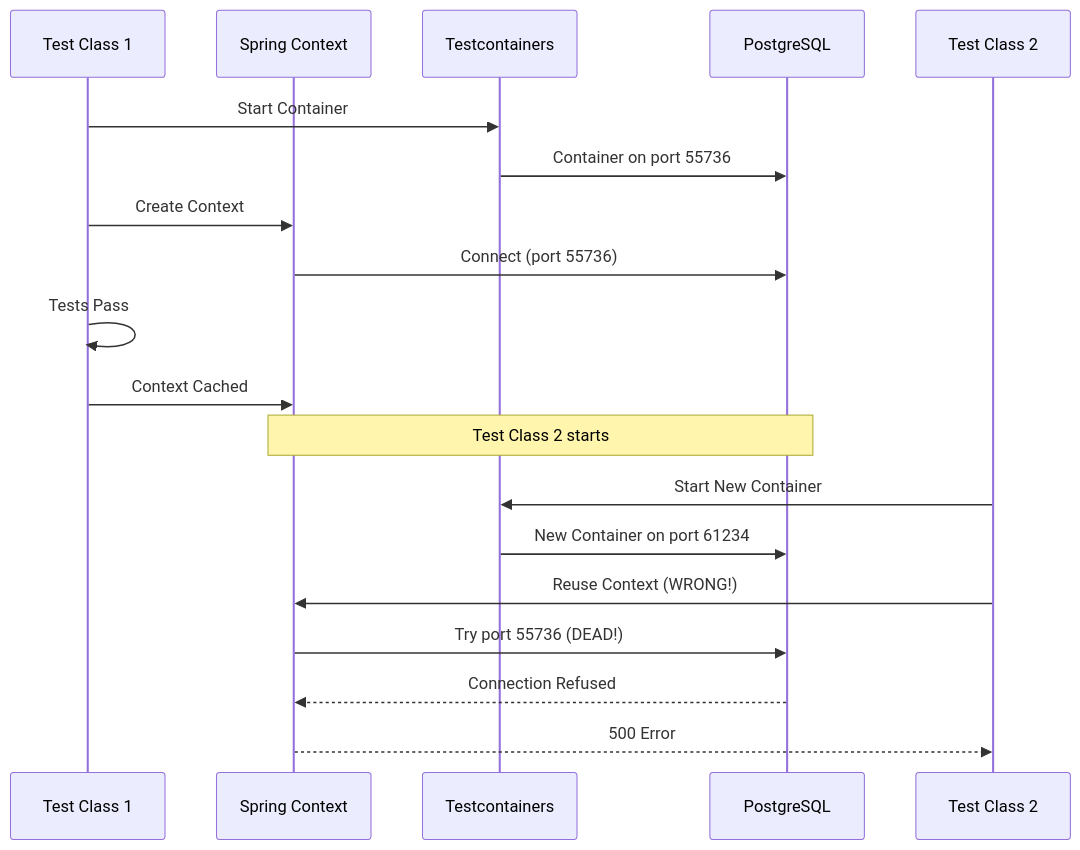
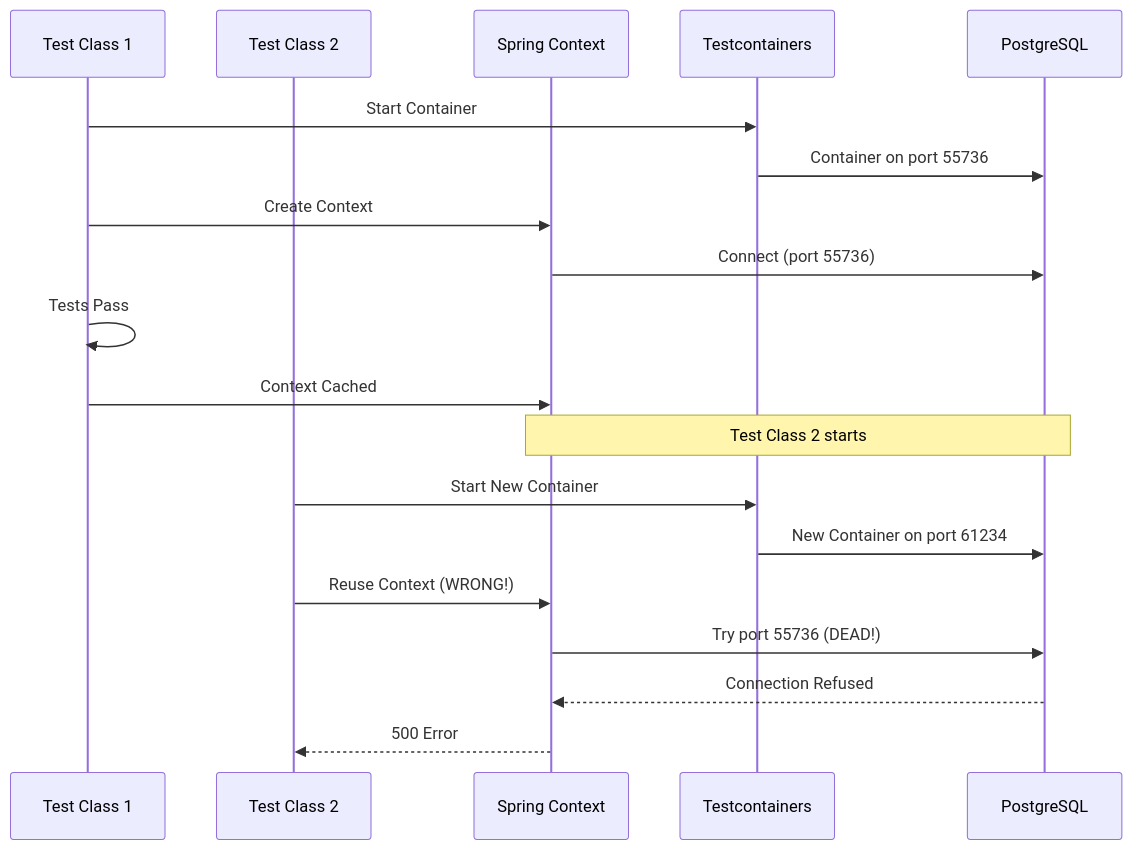
One commit to DCRC95/Event-Analytics-Processing-API changed the seventh of 8 diagrams in Overview.md. Above: the diagram before and after it, drawn with Mermaid. The commit also changed other lines of this file, not shown here.

Commit message:
fix mermaid diagram

````diff
--- a/Overview.md
+++ b/Overview.md
@@ -541,24 +541,24 @@
 ```mermaid
 sequenceDiagram
     participant T1 as Test Class 1
+    participant T2 as Test Class 2
     participant SC as Spring Context
     participant TC as Testcontainers
     participant DB as PostgreSQL
     
     T1->>TC: Start Container
     TC->>DB: Container on port 55736
     T1->>SC: Create Context
     SC->>DB: Connect (port 55736)
     T1->>T1: Tests Pass
     T1->>SC: Context Cached
     
     Note over SC,DB: Test Class 2 starts
     
-    participant T2 as Test Class 2
     T2->>TC: Start New Container
     TC->>DB: New Container on port 61234
     T2->>SC: Reuse Context (WRONG!)
     SC->>DB: Try port 55736 (DEAD!)
     DB-->>SC: Connection Refused
     SC-->>T2: 500 Error
 ```
````
